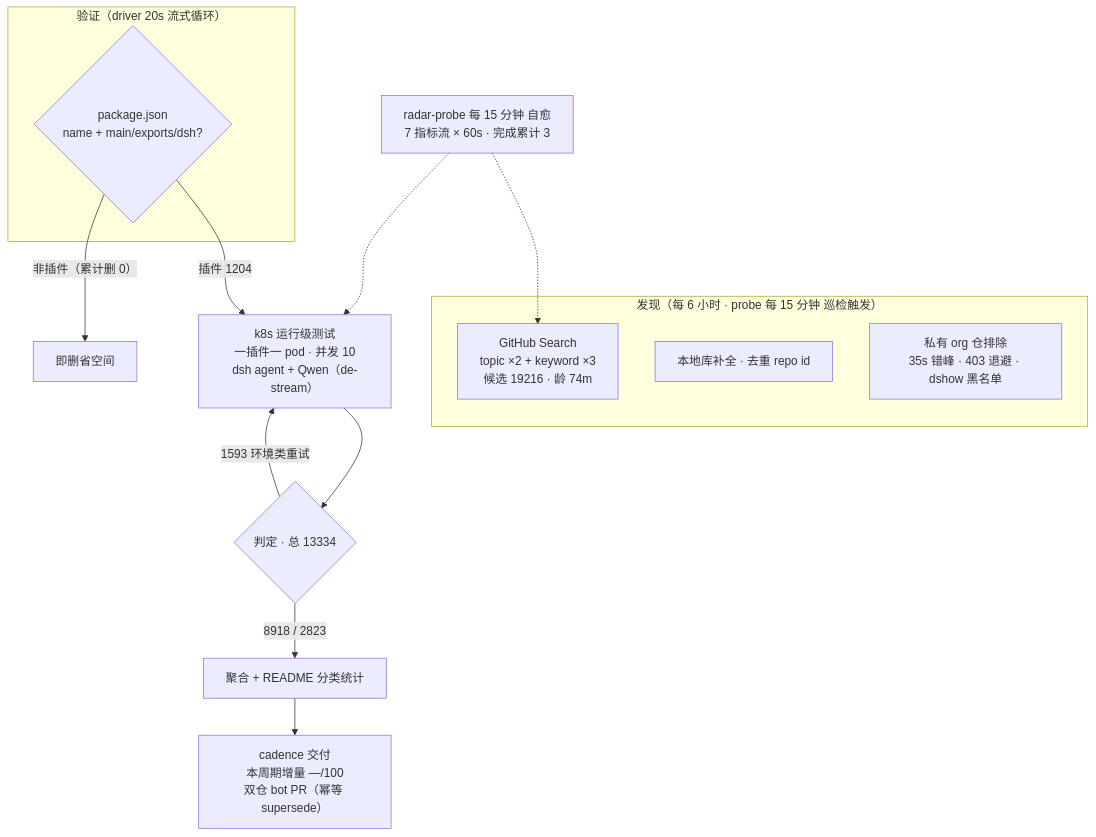
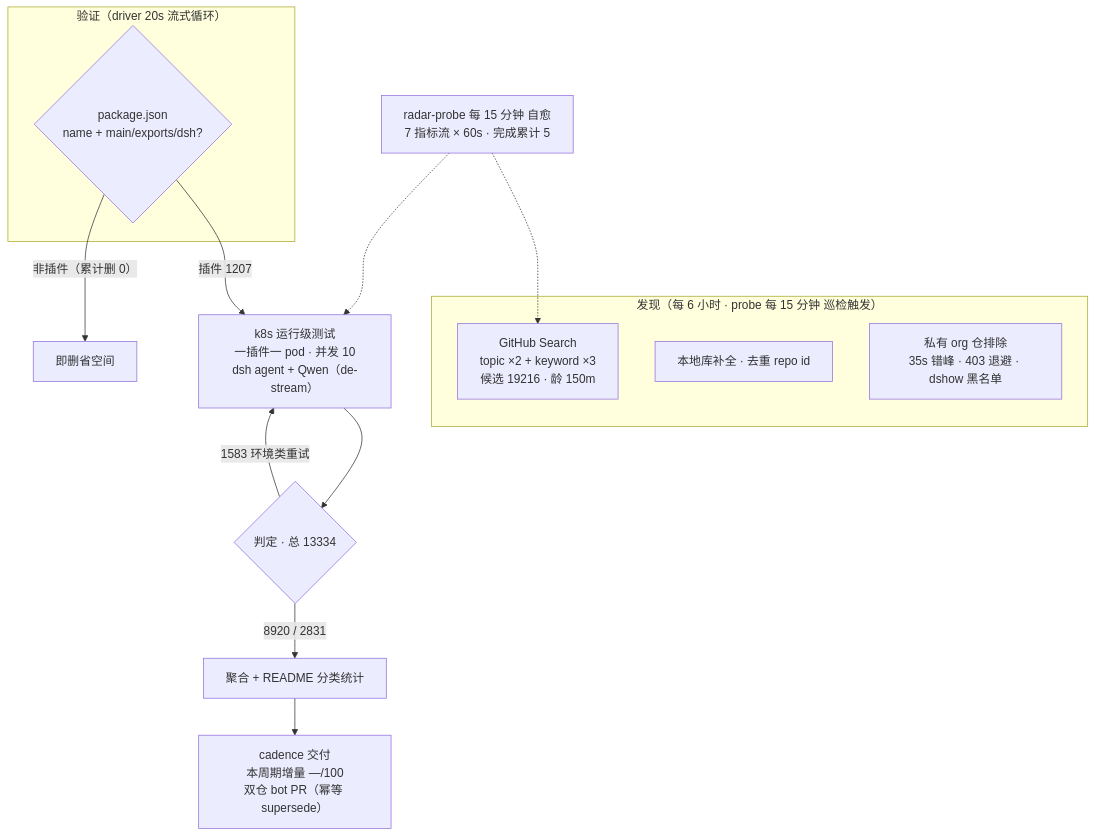
The diagram in README.md (Zhidao-Lab-OSS/awesome-dsh-plugins), drawn with Mermaid before and after one commit. The commit also changed other lines of this file and 1 other file, not shown here.

````diff
--- a/README.md
+++ b/README.md
@@ -55,20 +56,20 @@
 ```mermaid
 flowchart TB
     subgraph Discovery["发现（每 6 小时 · probe 每 15 分钟 巡检触发）"]
-        A1["GitHub Search<br/>topic ×2 + keyword ×3<br/>候选 19216 · 龄 74m"]
+        A1["GitHub Search<br/>topic ×2 + keyword ×3<br/>候选 19216 · 龄 150m"]
         A2["本地库补全 · 去重 repo id"]
         A3["私有 org 仓排除<br/>35s 错峰 · 403 退避 · dshow 黑名单"]
     end
     subgraph Validation["验证（driver 20s 流式循环）"]
         B1{"package.json<br/>name + main/exports/dsh?"}
     end
-    B1 -->|"插件 1204"| C1["k8s 运行级测试<br/>一插件一 pod · 并发 10<br/>dsh agent + Qwen（de-stream）"]
+    B1 -->|"插件 1207"| C1["k8s 运行级测试<br/>一插件一 pod · 并发 10<br/>dsh agent + Qwen（de-stream）"]
     B1 -->|"非插件（累计删 0）"| B3["即删省空间"]
     C1 --> D1{"判定 · 总 13334"}
-    D1 -->|"8918 / 2823"| E1["聚合 + README 分类统计"]
-    D1 -->|"1593 环境类重试"| C1
+    D1 -->|"8920 / 2831"| E1["聚合 + README 分类统计"]
+    D1 -->|"1583 环境类重试"| C1
     E1 --> E2["cadence 交付<br/>本周期增量 —/100<br/>双仓 bot PR（幂等 supersede）"]
-    M["radar-probe 每 15 分钟 自愈<br/>7 指标流 × 60s · 完成累计 3"]
+    M["radar-probe 每 15 分钟 自愈<br/>7 指标流 × 60s · 完成累计 5"]
     M -.-> A1
     M -.-> C1
 ```
````
